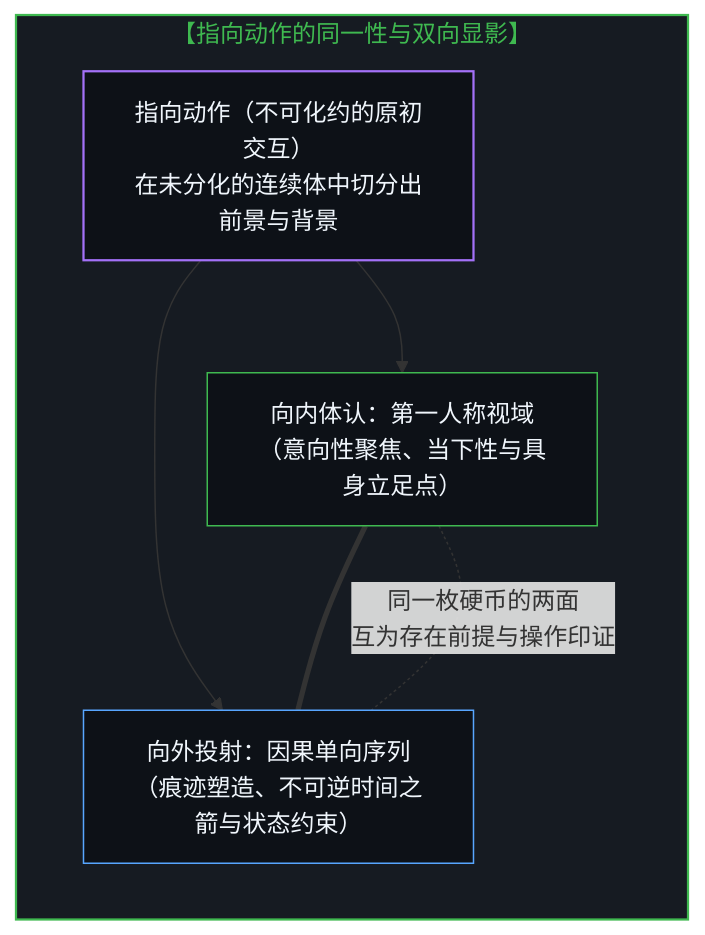
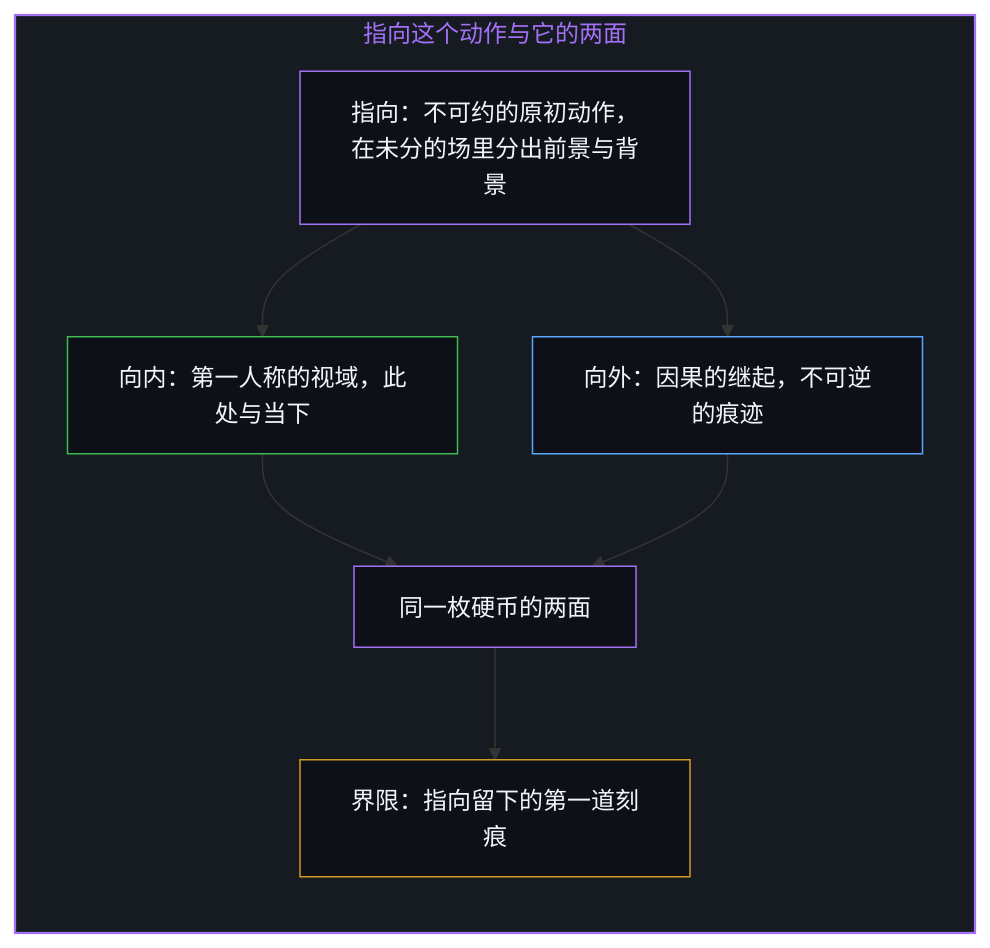
Before and after one commit to powerpig99/not-a-toe: the third of 8 diagrams in content/posts/the-boundary-of-perception-and-the-infinity-of-understanding.md, drawn with Mermaid. The commit also changed other lines of this file and 2 other files, not shown here.

Commit message:
Refine the-boundary-of-perception-and-the-infinity-of-understanding: every paragraph in both languages, four paired diagrams, the boundary as the trace of pointing, implicit first person

````diff
--- a/content/posts/the-boundary-of-perception-and-the-infinity-of-understanding.md
+++ b/content/posts/the-boundary-of-perception-and-the-infinity-of-understanding.md
@@ -63,15 +89,23 @@
 ```mermaid
-graph TD
-    subgraph S_CoinDuality ["【指向动作的同一性与双向显影】"]
+flowchart TD
+    subgraph S_Point["指向这个动作与它的两面"]
         direction TB
-        P_Action["指向动作（不可化约的原初交互）<br/>在未分化的连续体中切分出前景与背景"] --> P_Inner["向内体认：第一人称视域<br/>（意向性聚焦、当下性与具身立足点）"]
-        P_Action --> P_Outer["向外投射：因果单向序列<br/>（痕迹塑造、不可逆时间之箭与状态约束）"]
-        P_Inner === P_Outer
-        P_Inner -. "同一枚硬币的两面<br/>互为存在前提与操作印证" .- P_Outer
+        Point["指向：不可约的原初动作，在未分的场里分出前景与背景"]
+        Inward["向内：第一人称的视域，此处与当下"]
+        Outward["向外：因果的继起，不可逆的痕迹"]
+        Coin["同一枚硬币的两面"]
+        Trace["界限：指向留下的第一道刻痕"]
+        Point --> Inward
+        Point --> Outward
+        Inward --> Coin
+        Outward --> Coin
+        Coin --> Trace
     end
 
-    style S_CoinDuality fill:#161b22,stroke:#3fb950,stroke-width:1.5px,color:#3fb950
-    style P_Action fill:#0d1117,stroke:#a371f7,stroke-width:1.5px,color:#f0f6fc
-    style P_Inner fill:#0d1117,stroke:#3fb950,stroke-width:1px,color:#f0f6fc
-    style P_Outer fill:#0d1117,stroke:#58a6ff,stroke-width:1px,color:#f0f6fc
+    style S_Point fill:#161b22,stroke:#a371f7,stroke-width:1.5px,color:#a371f7
+    style Point fill:#0d1117,stroke:#a371f7,stroke-width:1px,color:#f0f6fc
+    style Inward fill:#0d1117,stroke:#3fb950,stroke-width:1px,color:#f0f6fc
+    style Outward fill:#0d1117,stroke:#58a6ff,stroke-width:1px,color:#f0f6fc
+    style Coin fill:#0d1117,stroke:#a371f7,stroke-width:1px,color:#f0f6fc
+    style Trace fill:#0d1117,stroke:#d29922,stroke-width:1px,color:#f0f6fc
 ```
````
